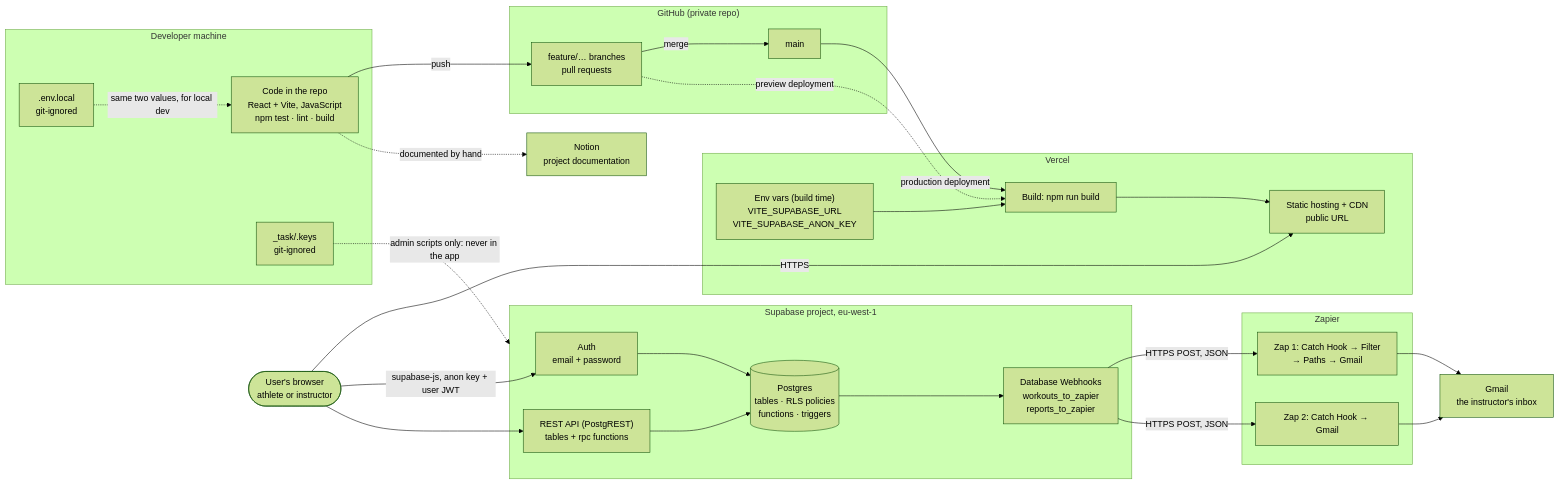
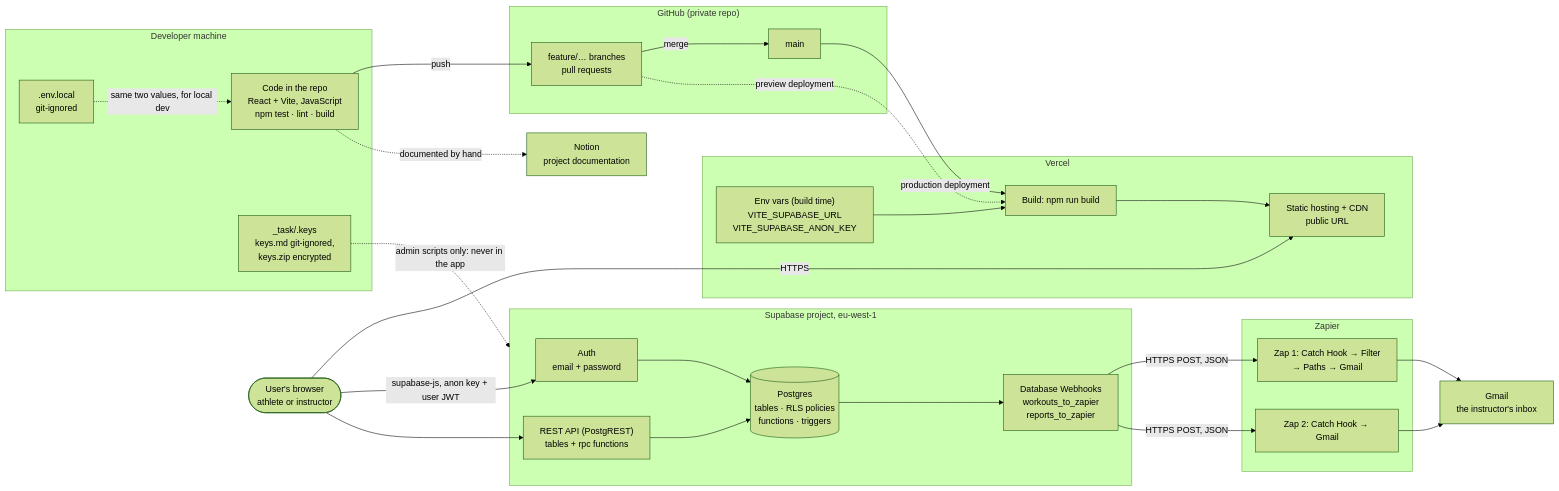
Before and after one commit to mse1987319-png/workout-log: the second of 2 diagrams in docs/architecture.md, drawn with Mermaid (forest theme). The commit also changed other lines of this file and 3 other files, not shown here.

First line of the commit message:
Commit the encrypted keys.zip; add tool and Notion links to the README

````diff
--- a/docs/architecture.md
+++ b/docs/architecture.md
@@ -113,56 +113,56 @@
 ```mermaid
 flowchart LR
   subgraph DEV["Developer machine"]
     CODE["Code in the repo<br/>React + Vite, JavaScript<br/>npm test · lint · build"]
     ENV[".env.local<br/>git-ignored"]
-    KEYS["_task/.keys<br/>git-ignored"]
+    KEYS["_task/.keys<br/>keys.md git-ignored,<br/>keys.zip encrypted"]
   end
 
   subgraph GH["GitHub (private repo)"]
     PR["feature/… branches<br/>pull requests"]
     MAIN["main"]
   end
 
   subgraph VERCEL["Vercel"]
     BUILD["Build: npm run build"]
     CDN["Static hosting + CDN<br/>public URL"]
     VENV["Env vars (build time)<br/>VITE_SUPABASE_URL<br/>VITE_SUPABASE_ANON_KEY"]
   end
 
   USER(["User's browser<br/>athlete or instructor"])
 
   subgraph SB["Supabase project, eu-west-1"]
     AUTH["Auth<br/>email + password"]
     API["REST API (PostgREST)<br/>tables + rpc functions"]
     DB[("Postgres<br/>tables · RLS policies<br/>functions · triggers")]
     HOOKS["Database Webhooks<br/>workouts_to_zapier<br/>reports_to_zapier"]
   end
 
   subgraph ZP["Zapier"]
     Z1["Zap 1: Catch Hook → Filter<br/>→ Paths → Gmail"]
     Z2["Zap 2: Catch Hook → Gmail"]
   end
 
   GMAIL["Gmail<br/>the instructor's inbox"]
   NOTION["Notion<br/>project documentation"]
 
   CODE -->|push| PR
   PR -->|"merge"| MAIN
   PR -.->|"preview deployment"| BUILD
   MAIN -->|"production deployment"| BUILD
   VENV --> BUILD
   BUILD --> CDN
   USER -->|HTTPS| CDN
   USER -->|"supabase-js, anon key + user JWT"| AUTH
   USER --> API
   API --> DB
   AUTH --> DB
   DB --> HOOKS
   HOOKS -->|"HTTPS POST, JSON"| Z1
   HOOKS -->|"HTTPS POST, JSON"| Z2
   Z1 --> GMAIL
   Z2 --> GMAIL
   ENV -.->|"same two values, for local dev"| CODE
   KEYS -.->|"admin scripts only: never in the app"| SB
   CODE -.->|"documented by hand"| NOTION
 ```
````
